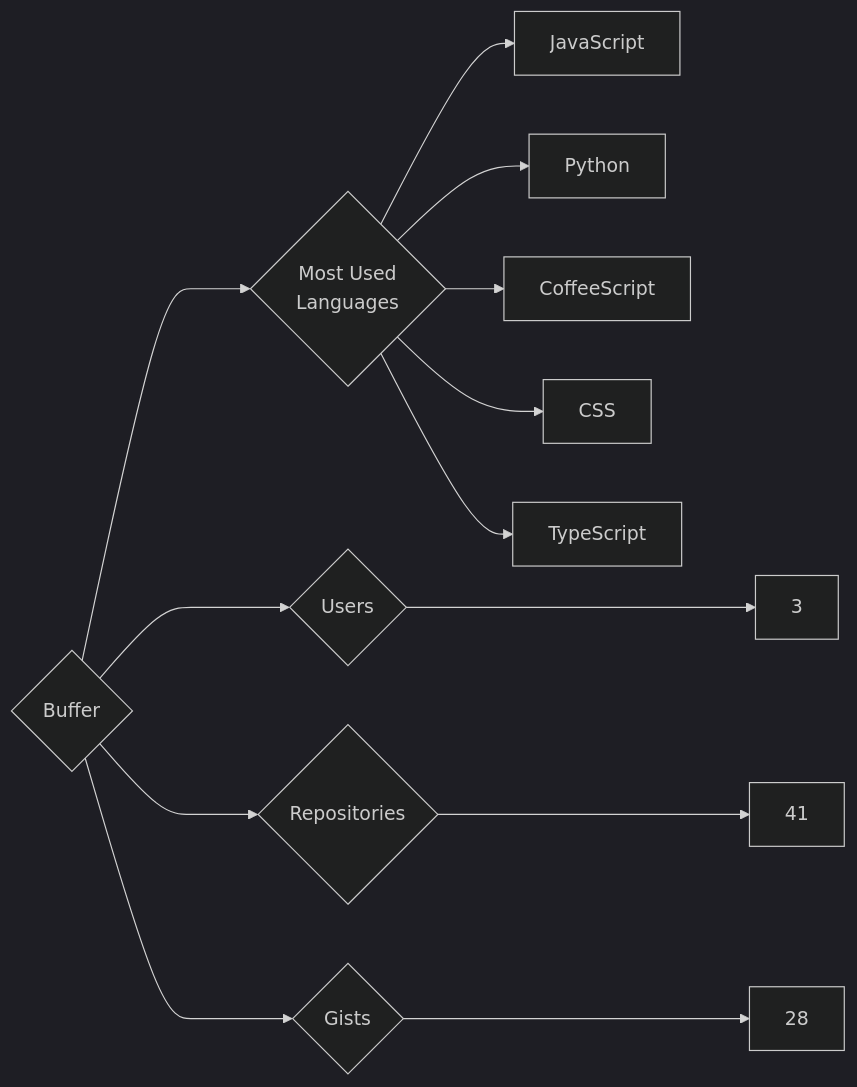
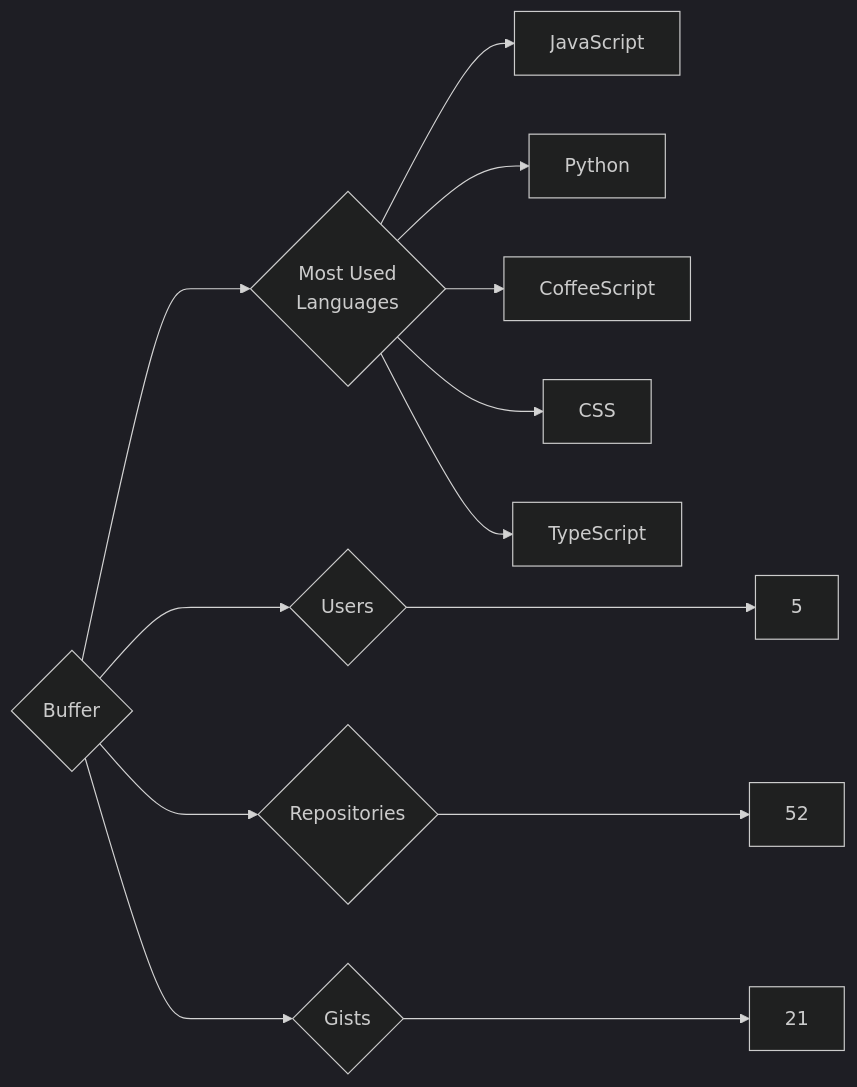
The diagram in targets/Buffer/README.md (trickest/insiders), drawn with Mermaid (dark theme) before and after one commit. The commit also changed 1023 other files, not shown here.

````diff
--- a/targets/Buffer/README.md
+++ b/targets/Buffer/README.md
@@ -3,13 +3,13 @@
 ```mermaid
 graph LR
 COMPANY_NAME{Buffer}
-COMPANY_NAME ---> U{Users} ---> UN[3]
-COMPANY_NAME ---> R{Repositories} ---> RN[41]
-COMPANY_NAME ---> G{Gists} ---> GN[28]
+COMPANY_NAME ---> U{Users} ---> UN[5]
+COMPANY_NAME ---> R{Repositories} ---> RN[52]
+COMPANY_NAME ---> G{Gists} ---> GN[21]
 COMPANY_NAME ---> ML{Most Used<br>Languages}
 ML --> JavaScript[JavaScript]
 ML --> Python[Python]
 ML --> CoffeeScript[CoffeeScript]
 ML --> CSS[CSS]
 ML --> TypeScript[TypeScript]
 ```
````
